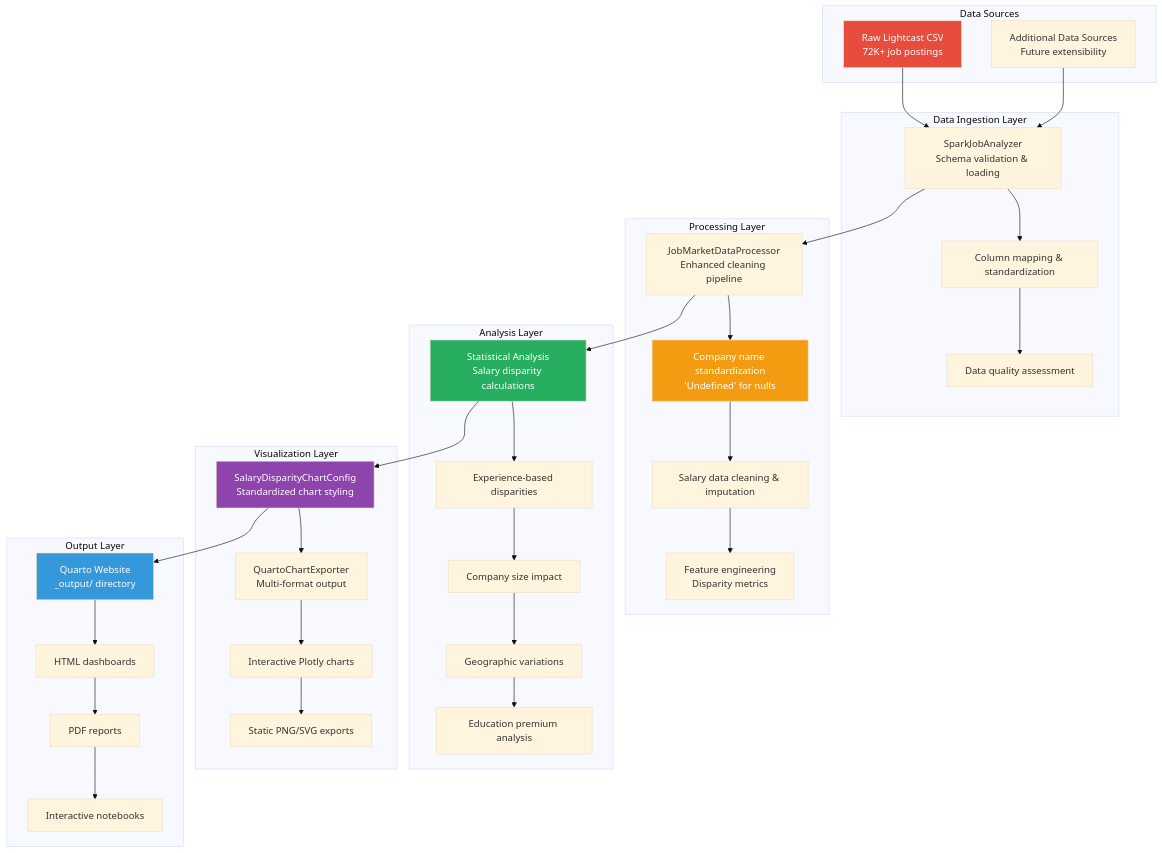
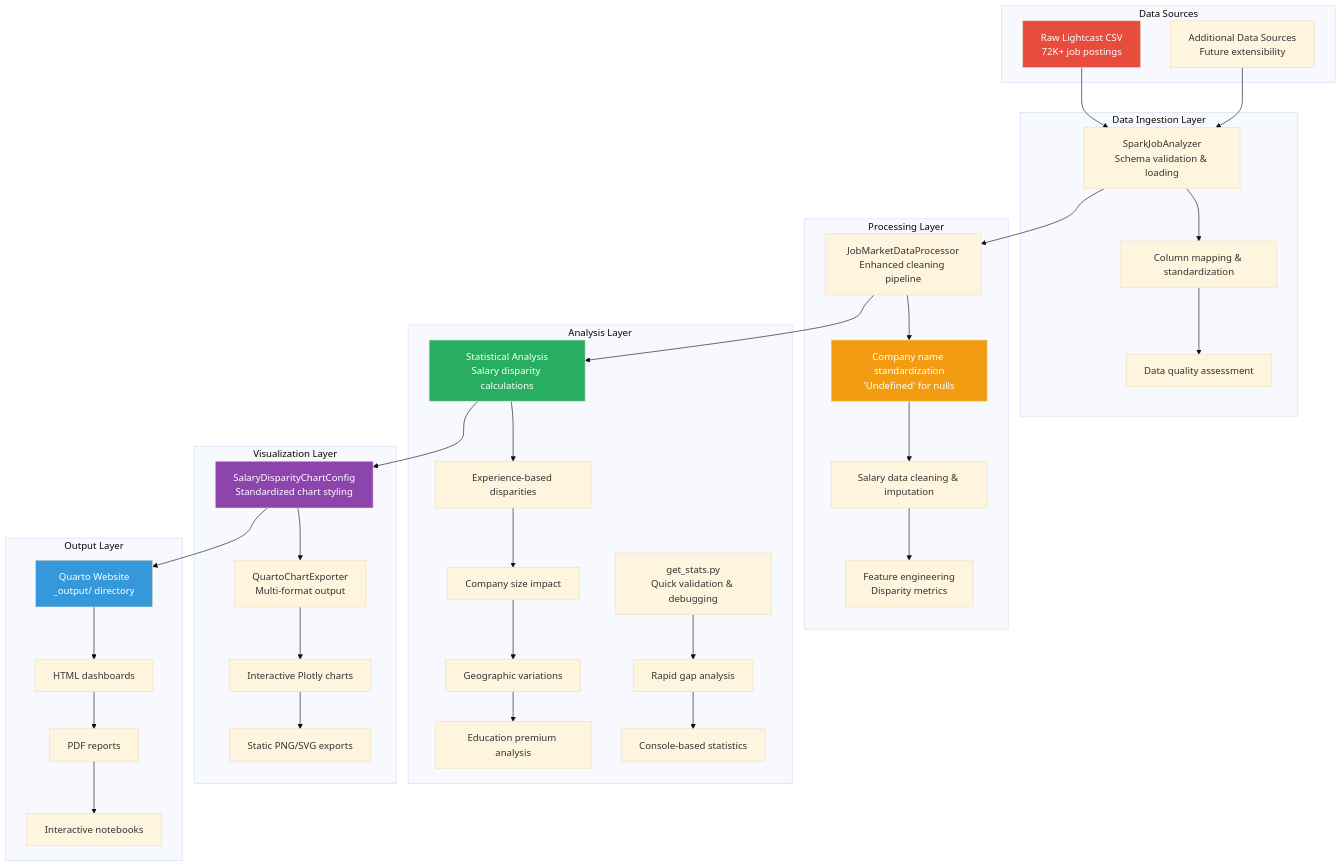
The first of 2 diagrams in DESIGN.md (samarthya/ad688-scratch), drawn with Mermaid (base theme) before and after one commit. The commit also changed other lines of this file, not shown here.

````diff
--- a/DESIGN.md
+++ b/DESIGN.md
@@ -93,55 +120,59 @@
 ```mermaid
 graph TB
     subgraph "Data Sources"
         A[Raw Lightcast CSV<br/>72K+ job postings]
         A1[Additional Data Sources<br/>Future extensibility]
     end
     
     subgraph "Data Ingestion Layer"
         B[SparkJobAnalyzer<br/>Schema validation & loading]
         B --> B1[Column mapping & standardization]
         B1 --> B2[Data quality assessment]
     end
     
     subgraph "Processing Layer"
         C[JobMarketDataProcessor<br/>Enhanced cleaning pipeline]
         C --> C1[Company name standardization<br/>'Undefined' for nulls]
         C1 --> C2[Salary data cleaning & imputation]
         C2 --> C3[Feature engineering<br/>Disparity metrics]
     end
     
     subgraph "Analysis Layer"
         D[Statistical Analysis<br/>Salary disparity calculations]
         D --> D1[Experience-based disparities]
         D1 --> D2[Company size impact]
         D2 --> D3[Geographic variations]
         D3 --> D4[Education premium analysis]
+        
+        U[get_stats.py<br/>Quick validation & debugging]
+        U --> U1[Rapid gap analysis]
+        U1 --> U2[Console-based statistics]
     end
     
     subgraph "Visualization Layer"
         E[SalaryDisparityChartConfig<br/>Standardized chart styling]
         E --> E1[QuartoChartExporter<br/>Multi-format output]
         E1 --> E2[Interactive Plotly charts]
         E2 --> E3[Static PNG/SVG exports]
     end
     
     subgraph "Output Layer"
         F[Quarto Website<br/>_output/ directory]
         F --> F1[HTML dashboards]
         F1 --> F2[PDF reports]
         F2 --> F3[Interactive notebooks]
     end
     
     A --> B
     A1 --> B
     B --> C
     C --> D
     D --> E
     E --> F
     
     style A fill:#E74C3C,color:#fff
     style C1 fill:#F39C12,color:#fff
     style D fill:#27AE60,color:#fff
     style E fill:#8E44AD,color:#fff
     style F fill:#3498DB,color:#fff
 ```
````
